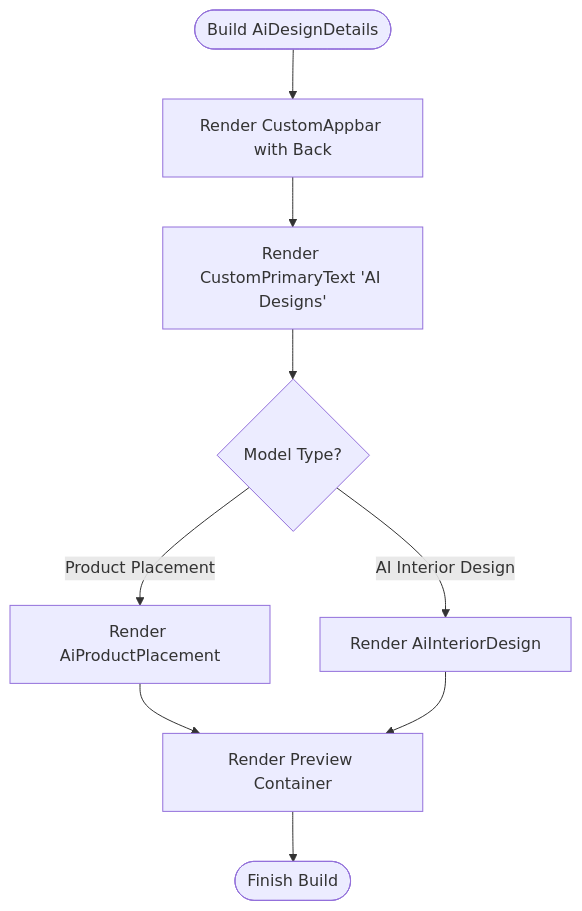
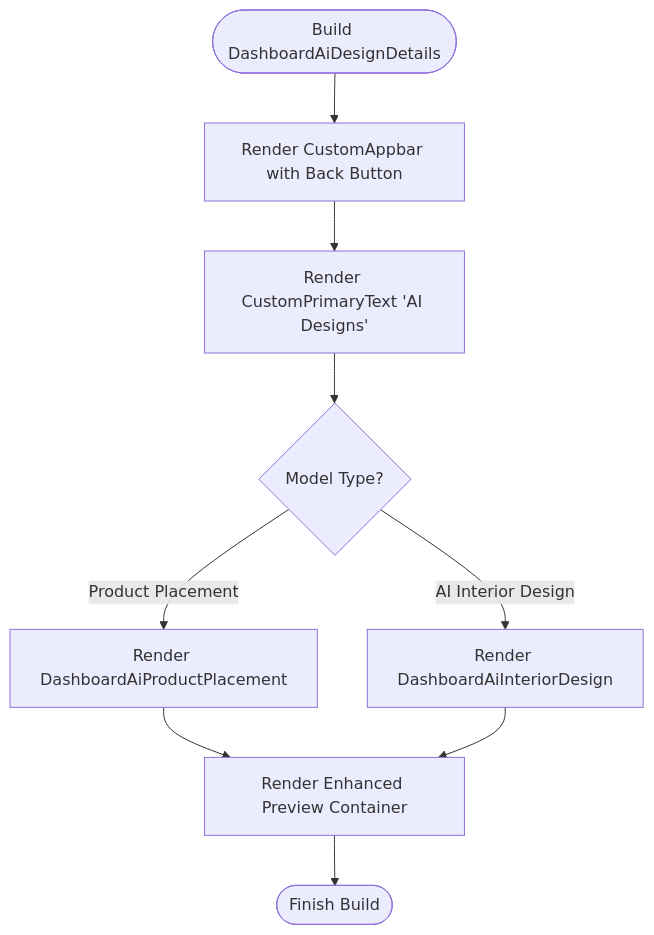
One commit to Ariful3111/FurniGo changed the seventh of 13 diagrams in .qoder/repowiki/en/content/Core Features/AI Design Services/Design Customization and Preview.md. Above: the diagram before and after it, drawn with Mermaid. The commit also changed other lines of this file and 67 other files, not shown here.

````diff
--- a/.qoder/repowiki/en/content/Core Features/AI Design Services/Design Customization and Preview.md
+++ b/.qoder/repowiki/en/content/Core Features/AI Design Services/Design Customization and Preview.md
@@ -266,11 +318,11 @@
 ```mermaid
 flowchart TD
-Start(["Build AiDesignDetails"]) --> Header["Render CustomAppbar with Back"]
+Start(["Build DashboardAiDesignDetails"]) --> Header["Render CustomAppbar with Back Button"]
 Header --> Title["Render CustomPrimaryText 'AI Designs'"]
 Title --> Panel{"Model Type?"}
-Panel --> |Product Placement| PP["Render AiProductPlacement"]
-Panel --> |AI Interior Design| ID["Render AiInteriorDesign"]
-PP --> Preview["Render Preview Container"]
+Panel --> |Product Placement| PP["Render DashboardAiProductPlacement"]
+Panel --> |AI Interior Design| ID["Render DashboardAiInteriorDesign"]
+PP --> Preview["Render Enhanced Preview Container"]
 ID --> Preview
 Preview --> End(["Finish Build"])
 ```
````
